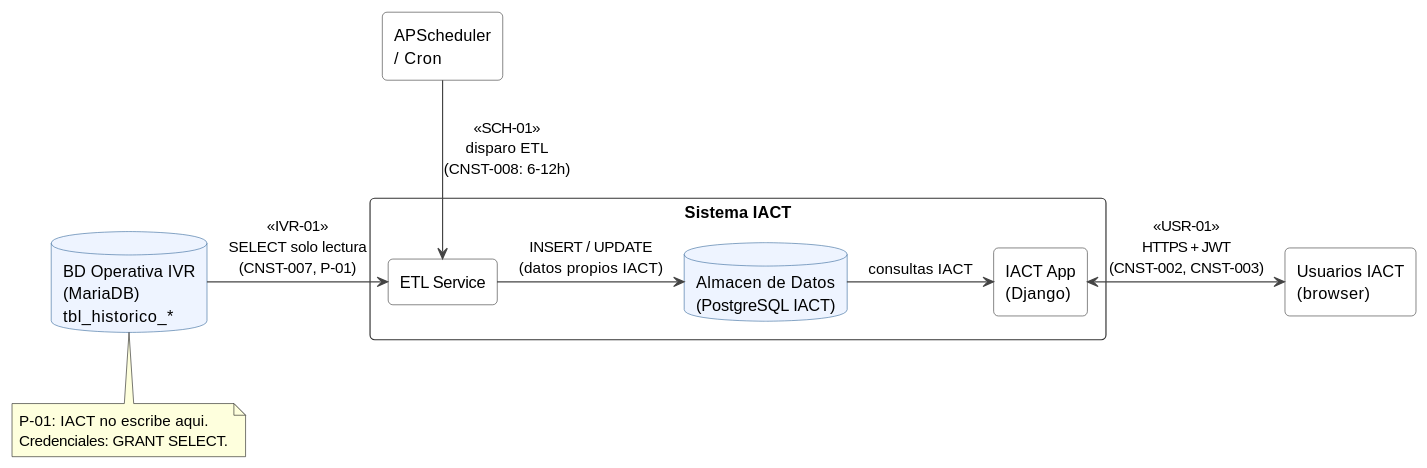
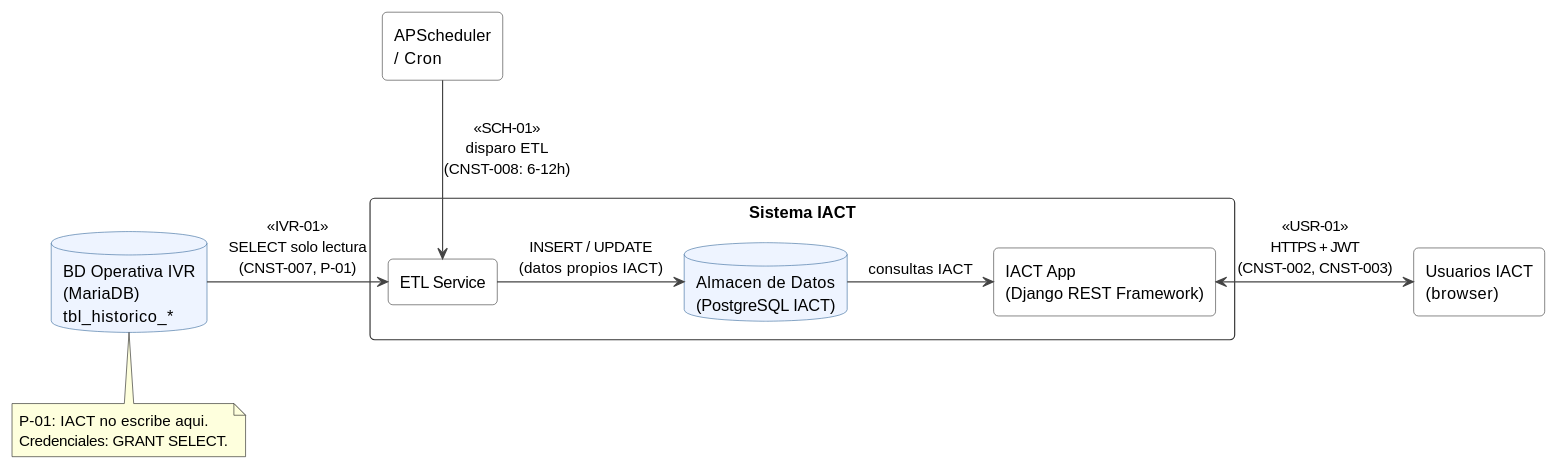
Before and after one commit to jcg-admin/IACT-docs: the diagram in source/arquitectura-tecnica/context-view/external-interfaces.rst, drawn with PlantUML. The commit also changed 23 other files, not shown here.

```diff
--- a/source/arquitectura-tecnica/context-view/external-interfaces.rst
+++ b/source/arquitectura-tecnica/context-view/external-interfaces.rst
@@ -80,39 +80,39 @@
 .. uml::
  :caption: Figura — Interfaces externas del sistema IACT
 
  @startuml
 
  skinparam rectangle {
    BackgroundColor White
    BorderColor #333333
    RoundCorner 8
  }
  skinparam database {
    BackgroundColor #EEF4FF
    BorderColor #336699
  }
  skinparam arrowColor #444444
  skinparam shadowing false
 
  database "BD Operativa IVR\n(MariaDB)\ntbl_historico_*" as BDOperativa
  rectangle "APScheduler\n/ Cron" as Scheduler
  rectangle "Usuarios IACT\n(browser)" as Usuarios
 
  rectangle "Sistema IACT" as IACT {
    rectangle "ETL Service" as ETL
-   rectangle "IACT App\n(Django)" as App
+   rectangle "IACT App\n(Django REST Framework)" as App
    database "Almacen de Datos\n(PostgreSQL IACT)" as BDPropia
  }
 
  BDOperativa -right-> ETL : <<IVR-01>>\nSELECT solo lectura\n(CNST-007, P-01)
  Scheduler -down-> ETL  : <<SCH-01>>\ndisparo ETL\n(CNST-008: 6-12h)
  ETL -right-> BDPropia  : INSERT / UPDATE\n(datos propios IACT)
  BDPropia -right-> App  : consultas IACT
  Usuarios <-right-> App : <<USR-01>>\nHTTPS + JWT\n(CNST-002, CNST-003)
 
  note bottom of BDOperativa
    P-01: IACT no escribe aqui.
    Credenciales: GRANT SELECT.
  end note
 
  @enduml
```
